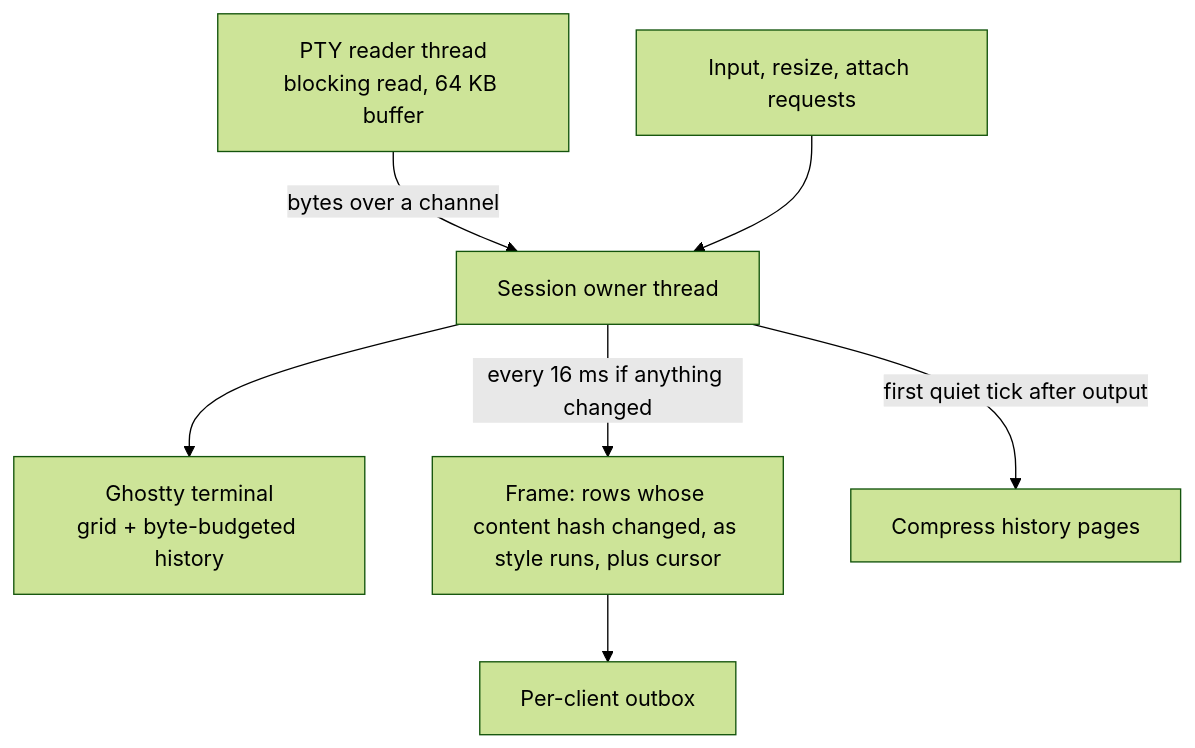
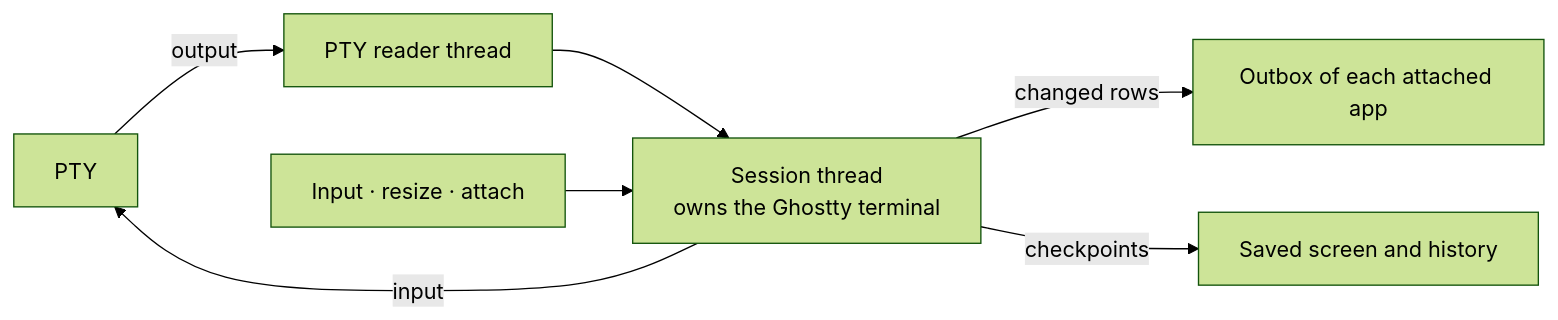
Before and after one commit to muxy-app/muxy: the fourth of 5 diagrams in docs/tech/architecture.md, drawn with Mermaid (forest theme). The commit also changed other lines of this file and 18 other files, not shown here.

````diff
--- a/docs/tech/architecture.md
+++ b/docs/tech/architecture.md
@@ -54,9 +83,9 @@
 ```mermaid
-flowchart TB
-    PTY["PTY reader thread<br/>blocking read, 64 KB buffer"] -->|"bytes over a channel"| OWNER["Session owner thread"]
-    INPUT["Input, resize, attach requests"] --> OWNER
-    OWNER --> TERM["Ghostty terminal<br/>grid + byte-budgeted history"]
-    OWNER -->|"every 16 ms if anything changed"| FRAME["Frame: rows whose content hash changed, as style runs, plus cursor"]
-    OWNER -->|"first quiet tick after output"| ZST["Compress history pages"]
-    FRAME --> OUTBOX["Per-client outbox"]
+flowchart LR
+    PTY["PTY"] -->|"output"| READER["PTY reader thread"]
+    READER --> OWNER["Session thread<br/>owns the Ghostty terminal"]
+    REQUESTS["Input · resize · attach"] --> OWNER
+    OWNER -->|"input"| PTY
+    OWNER -->|"changed rows"| OUTBOX["Outbox of each attached app"]
+    OWNER -->|"checkpoints"| DISK["Saved screen and history"]
 ```
````
